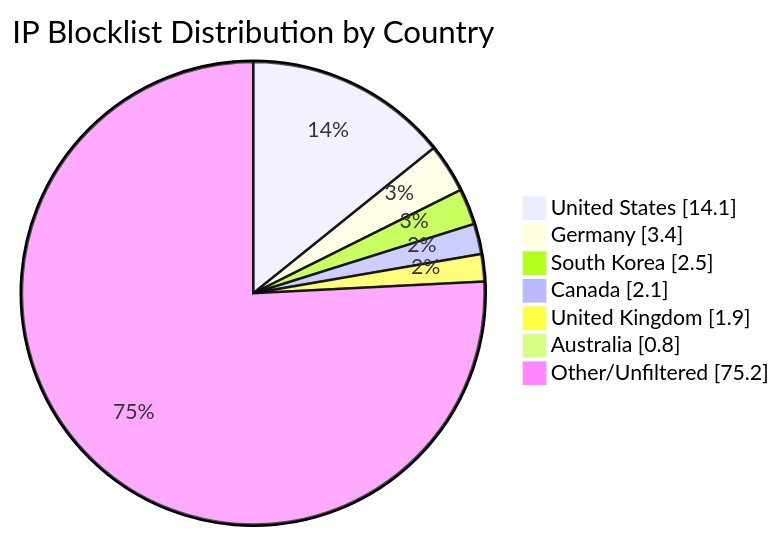
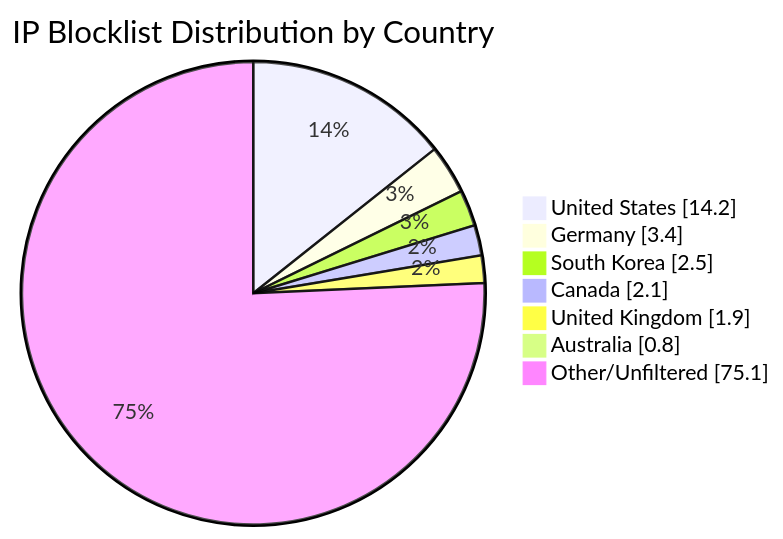
The diagram in README.md (MarcusHoltz/ipblocklist-geofiltered-aggregator), drawn with Mermaid before and after one commit. The commit also changed other lines of this file and 9 other files, not shown here.

````diff
--- a/README.md
+++ b/README.md
@@ -34,10 +34,10 @@
 ```mermaid
 pie showData title IP Blocklist Distribution by Country
-"United States" : 14.1
+"United States" : 14.2
 "Germany" : 3.4
 "South Korea" : 2.5
 "Canada" : 2.1
 "United Kingdom" : 1.9
 "Australia" : 0.8
-"Other/Unfiltered" : 75.2
+"Other/Unfiltered" : 75.1
 ```
````
